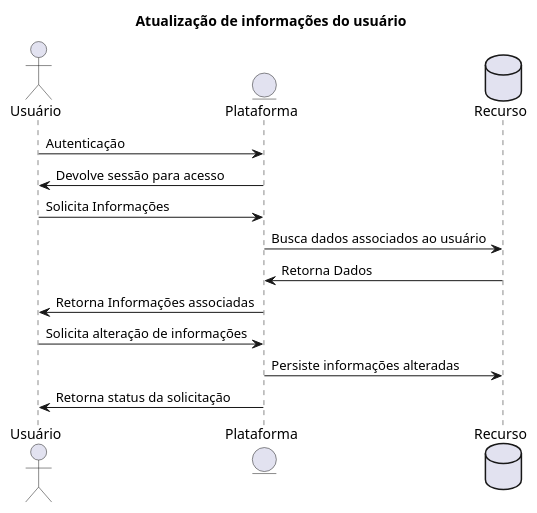
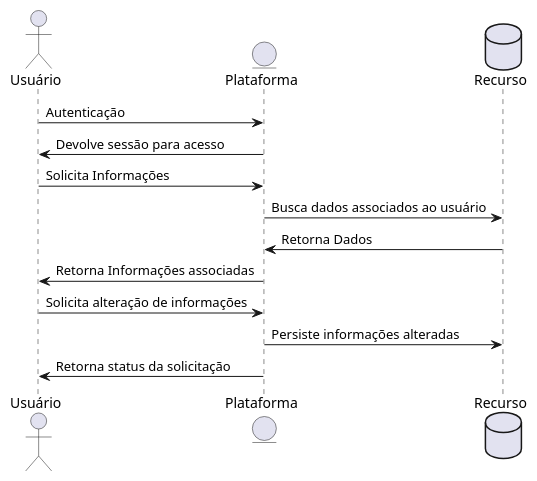
One commit to constantlearning/rse-service changed the fifth of 6 diagrams in src/main/resources/diagrams/crud-flow.puml. Above: the diagram before and after it, drawn with PlantUML. The commit also changed other lines of this file, not shown here.

Commit message:
Segmentation of crud flow.

```diff
--- a/src/main/resources/diagrams/crud-flow.puml
+++ b/src/main/resources/diagrams/crud-flow.puml
@@ -59,23 +70,22 @@
 @startuml
 
-    title Atualização de informações do usuário
+'    title Atualização de informações do usuário
 
     actor Usuário
     entity Plataforma
     database Recurso
-
 
     Usuário -> Plataforma: Autenticação
     Plataforma -> Usuário: Devolve sessão para acesso
 
     Usuário -> Plataforma: Solicita Informações
     Plataforma -> Recurso: Busca dados associados ao usuário
     Recurso -> Plataforma: Retorna Dados
     Plataforma -> Usuário: Retorna Informações associadas
 
     Usuário -> Plataforma: Solicita alteração de informações
     Plataforma -> Recurso: Persiste informações alteradas
 
     Plataforma -> Usuário: Retorna status da solicitação
 
 @enduml
```
